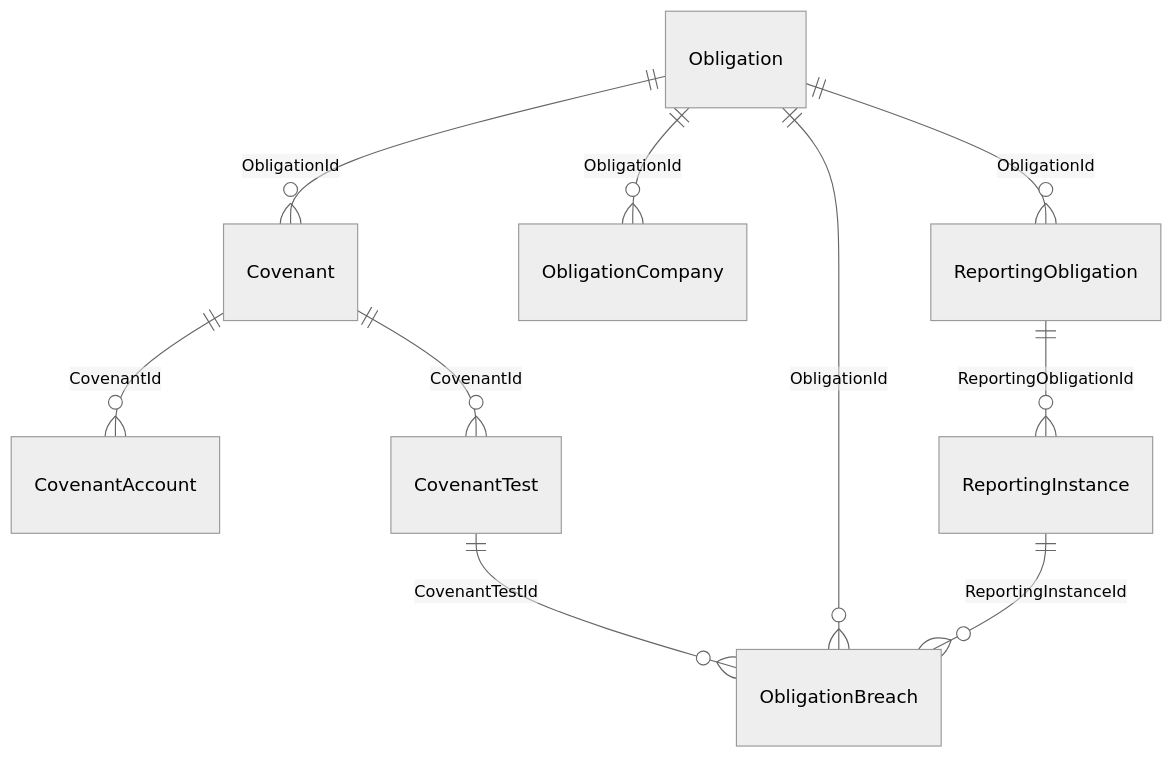
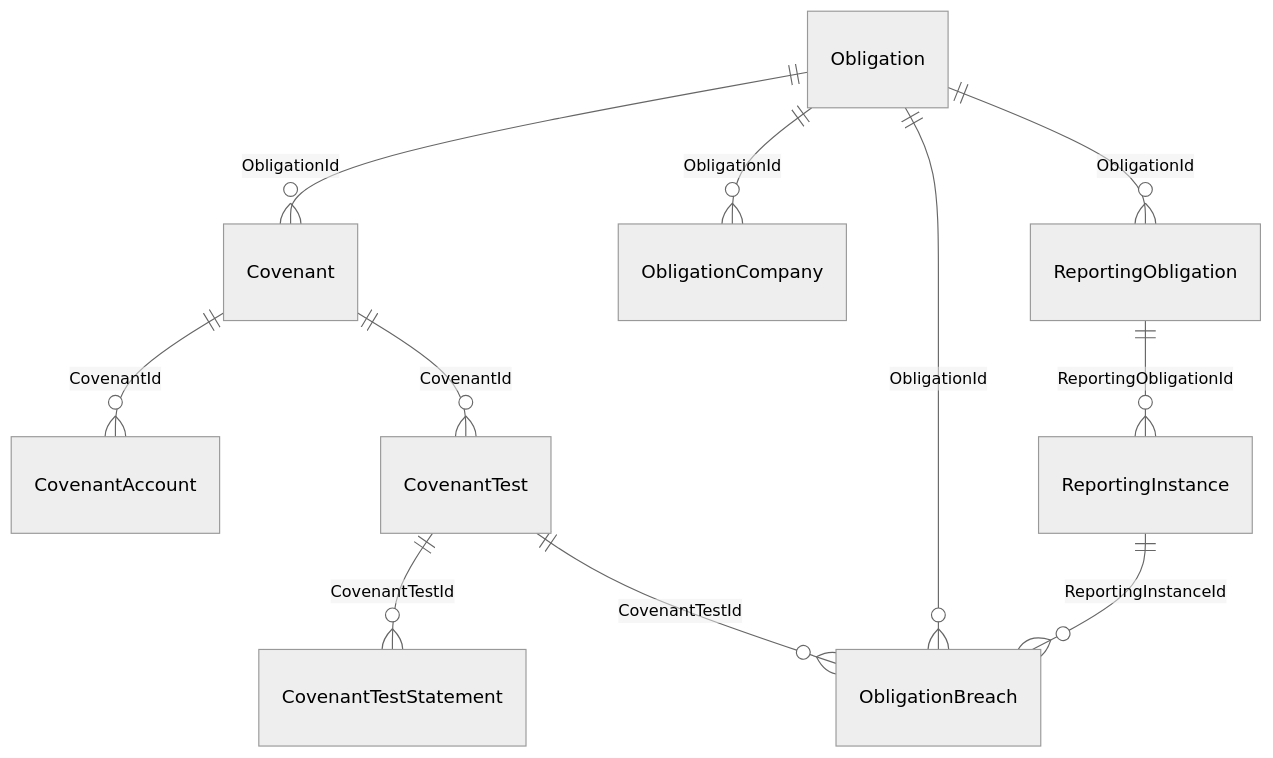
One commit to thawrasy/smartlines changed diagram 16 of 20 in treasury-platform/docs/22-erd-by-schema.md. Above: the diagram before and after it, drawn with Mermaid (neutral theme). The commit also changed other lines of this file and 25 other files, not shown here.

````diff
--- a/treasury-platform/docs/22-erd-by-schema.md
+++ b/treasury-platform/docs/22-erd-by-schema.md
@@ -470,12 +470,13 @@
 ```mermaid
 erDiagram
   Covenant ||--o{ CovenantAccount : "CovenantId"
   Covenant ||--o{ CovenantTest : "CovenantId"
+  CovenantTest ||--o{ CovenantTestStatement : "CovenantTestId"
   CovenantTest ||--o{ ObligationBreach : "CovenantTestId"
   Obligation ||--o{ Covenant : "ObligationId"
   Obligation ||--o{ ObligationBreach : "ObligationId"
   Obligation ||--o{ ObligationCompany : "ObligationId"
   Obligation ||--o{ ReportingObligation : "ObligationId"
   ReportingInstance ||--o{ ObligationBreach : "ReportingInstanceId"
   ReportingObligation ||--o{ ReportingInstance : "ReportingObligationId"
 ```
````
